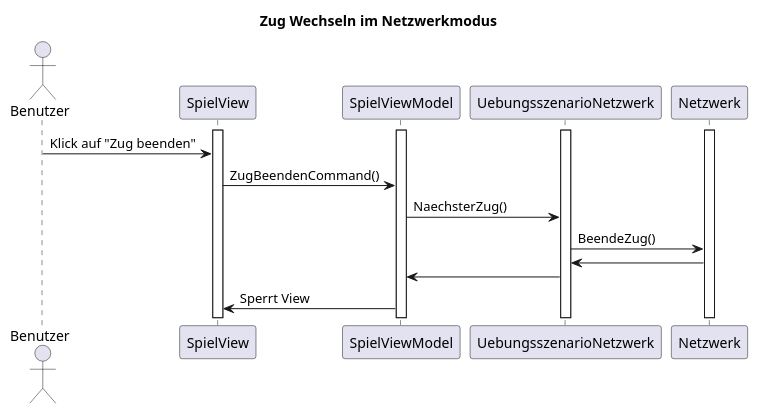
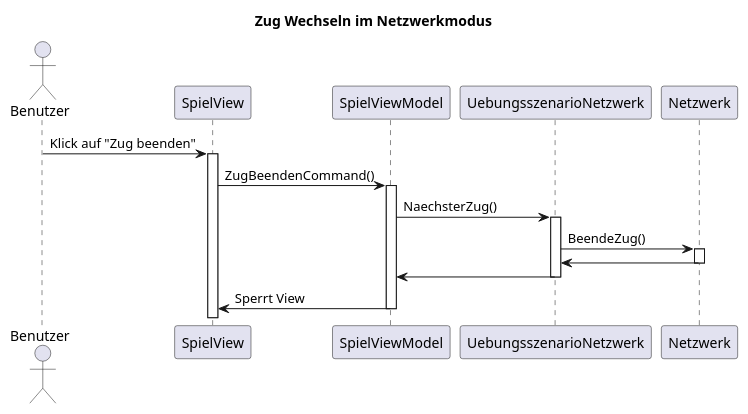
One commit to Jonas-Ha/quakrypto changed the diagram in 02_Entwurf/Sequenzdiagramme/SequenzdiagrammZugWechselNetzwerk.puml. Above: the diagram before and after it, drawn with PlantUML. The commit also changed 3 other files, not shown here.

Commit message:
Aktualisierte Diagramme

```diff
--- a/02_Entwurf/Sequenzdiagramme/SequenzdiagrammZugWechselNetzwerk.puml
+++ b/02_Entwurf/Sequenzdiagramme/SequenzdiagrammZugWechselNetzwerk.puml
@@ -1,22 +1,24 @@
 @startuml Zug Wechsel
 title Zug Wechseln im Netzwerkmodus
 
 actor Benutzer
 participant "SpielView" as SV
 participant "SpielViewModel" as SVM
 participant "UebungsszenarioNetzwerk" as U
 participant "Netzwerk" as N
-activate SV
-activate SVM
-activate U
-activate N
 
 Benutzer -> SV: Klick auf "Zug beenden"
+activate SV
 SV -> SVM:ZugBeendenCommand()
+activate SVM
 SVM -> U:NaechsterZug()
+activate U
 U -> N:BeendeZug()
+activate N
 N ->U
+deactivate N
 U -> SVM
+deactivate U
 SVM -> SV:Sperrt View
-
+deactivate SVM
 @enduml
```
